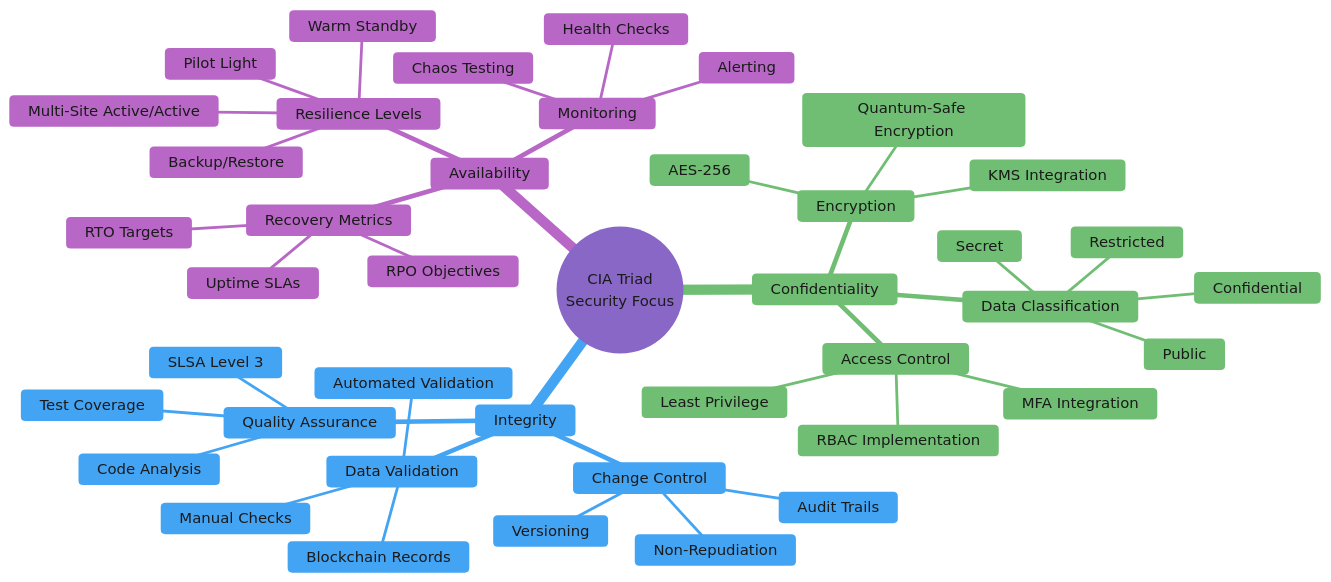
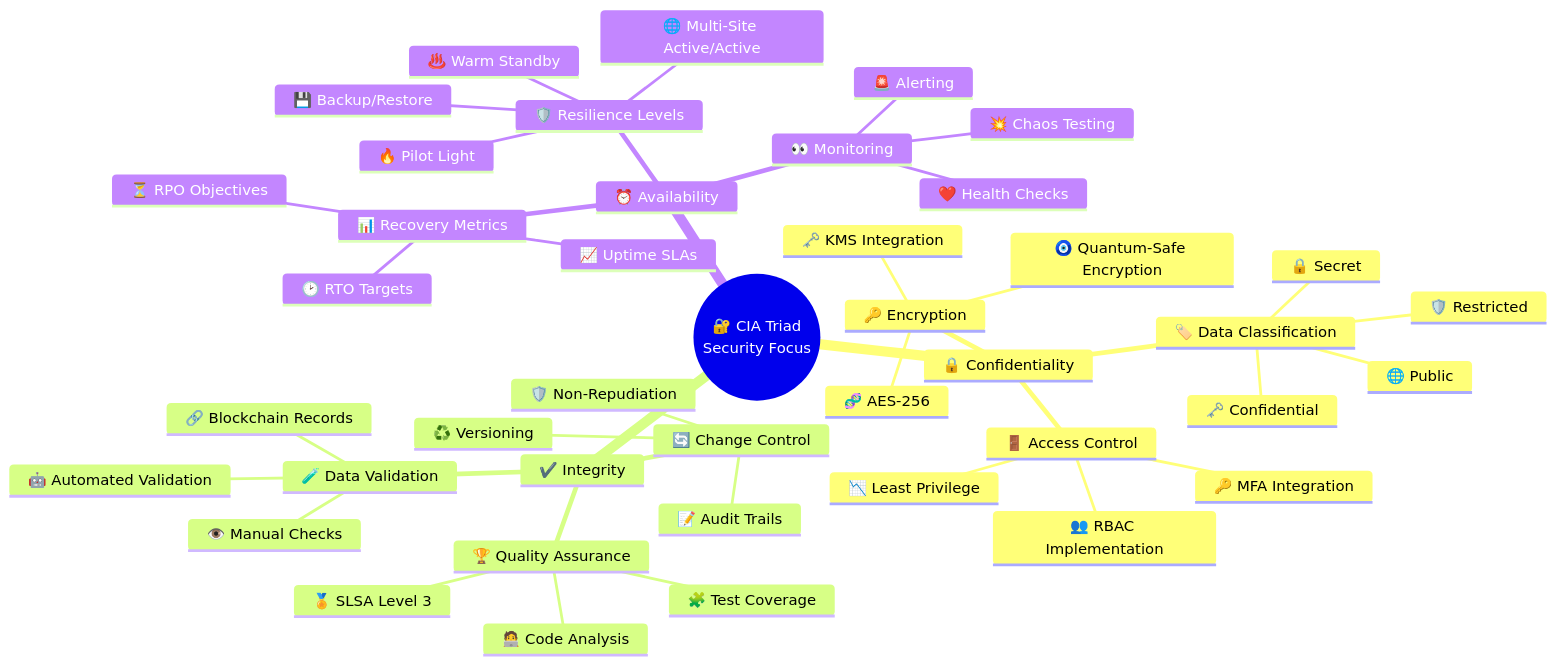
One commit to Hack23/.github changed the first of 2 diagrams in profile/README.md. Above: the diagram before and after it, drawn with Mermaid.

Commit message:
Update CIA Triad mindmap with icons and emojis

````diff
--- a/profile/README.md
+++ b/profile/README.md
@@ -449,70 +449,45 @@
 ```mermaid
-%%{
-  init: {
-    'theme': 'base',
-    'themeVariables': {
-      'primaryColor': '#d1c4e9',
-      'primaryTextColor': '#1a1a1a',
-      'primaryBorderColor': '#9575cd',
-      'lineColor': '#9575cd',
-      'secondaryColor': '#c8e6c9',
-      'tertiaryColor': '#bbdefb'
-    }
-  }
-}%%
 mindmap
-  root((CIA Triad<br>Security Focus))
-    Confidentiality
-      ::icon(fa fa-lock)
-      Data Classification
-        ::icon(fa fa-tag)
-        Public
-        Restricted
-        Confidential
-        Secret
-      Access Control
-        ::icon(fa fa-shield)
-        RBAC Implementation
-        MFA Integration
-        Least Privilege
-      Encryption
-        ::icon(fa fa-key)
-        AES-256
-        Quantum-Safe Encryption
-        KMS Integration
-    Integrity
-      ::icon(fa fa-check-circle)
-      Data Validation
-        ::icon(fa fa-check)
-        Manual Checks
-        Automated Validation
-        Blockchain Records
-      Change Control
-        ::icon(fa fa-history)
-        Audit Trails
-        Versioning
-        Non-Repudiation
-      Quality Assurance
-        ::icon(fa fa-certificate)
-        Code Analysis
-        Test Coverage
-        SLSA Level 3
-    Availability
-      ::icon(fa fa-clock-o)
-      Resilience Levels
-        ::icon(fa fa-line-chart)
-        Backup/Restore
-        Pilot Light
-        Warm Standby
-        Multi-Site Active/Active
-      Recovery Metrics
-        ::icon(fa fa-tachometer)
-        RTO Targets
-        RPO Objectives
-        Uptime SLAs
-      Monitoring
-        ::icon(fa fa-eye)
-        Health Checks
-        Alerting
-        Chaos Testing
+  root((🔐 CIA Triad<br>Security Focus))
+    🔒 Confidentiality
+      🏷️ Data Classification
+        🌐 Public
+        🛡️ Restricted
+        🗝️ Confidential
+        🔒 Secret
+      🚪 Access Control
+        👥 RBAC Implementation
+        🔑 MFA Integration
+        📉 Least Privilege
+      🔑 Encryption
+        🧬 AES-256
+        🧿 Quantum-Safe Encryption
+        🗝️ KMS Integration
+    ✔️ Integrity
+      🧪 Data Validation
+        👁️ Manual Checks
+        🤖 Automated Validation
+        🔗 Blockchain Records
+      🔄 Change Control
+        📝 Audit Trails
+        ♻️ Versioning
+        🛡️ Non-Repudiation
+      🏆 Quality Assurance
+        🧑‍💻 Code Analysis
+        🧩 Test Coverage
+        🏅 SLSA Level 3
+    ⏰ Availability
+      🛡️ Resilience Levels
+        💾 Backup/Restore
+        🔥 Pilot Light
+        ♨️ Warm Standby
+        🌐 Multi-Site Active/Active
+      📊 Recovery Metrics
+        🕑 RTO Targets
+        ⏳ RPO Objectives
+        📈 Uptime SLAs
+      👀 Monitoring
+        ❤️ Health Checks
+        🚨 Alerting
+        💥 Chaos Testing
 ```
````
